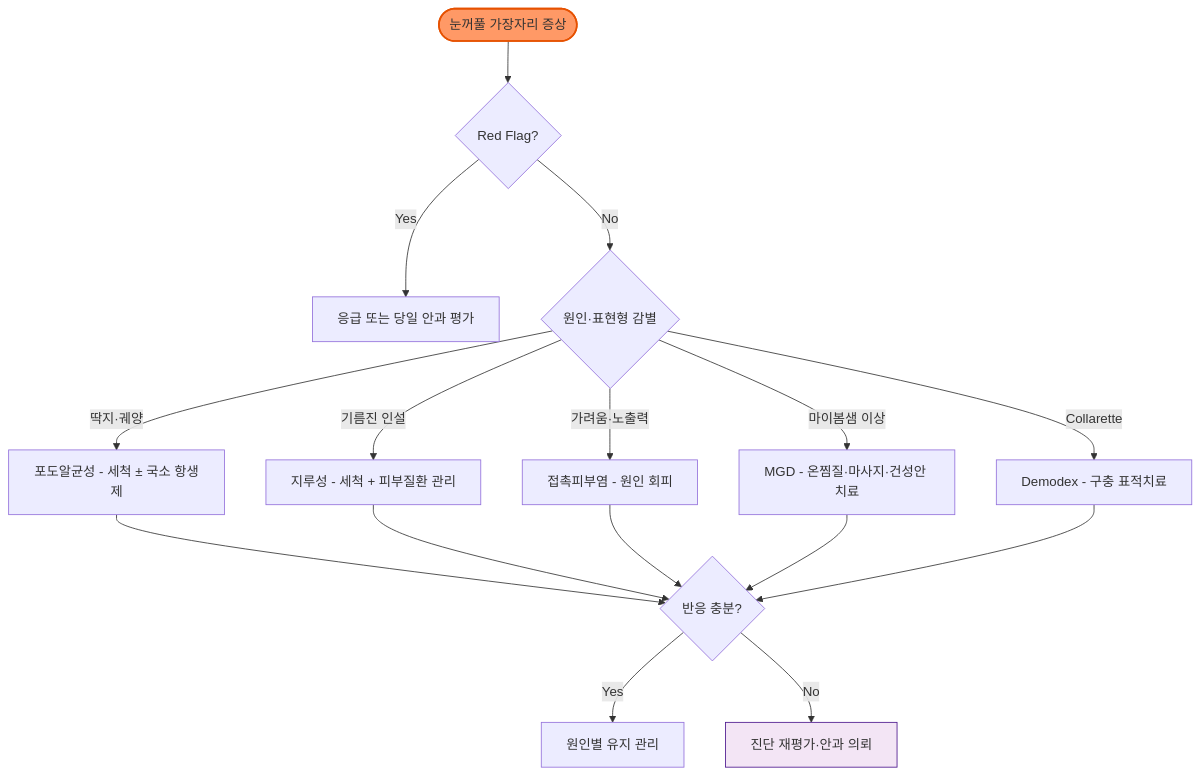
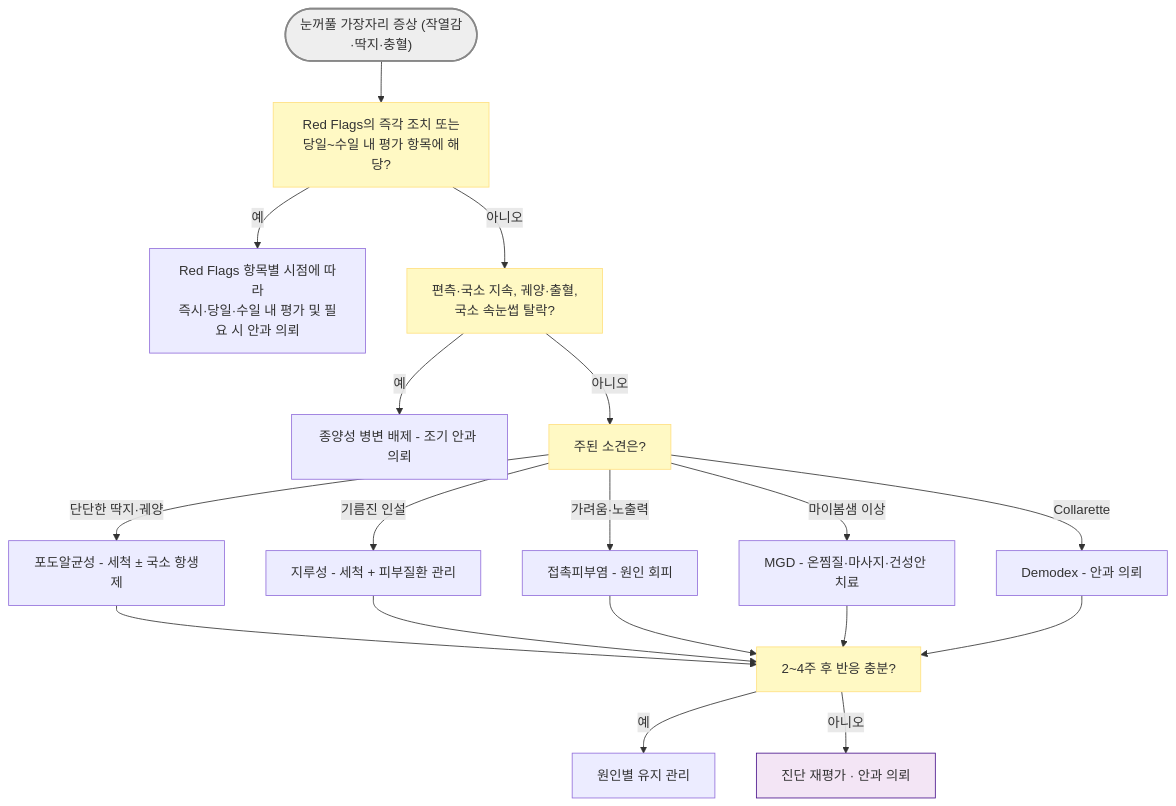
One commit to familyoh77/familyoh77 changed the diagram in 222_/039_-blepharitis.md. Above: the diagram before and after it, drawn with Mermaid. The commit also changed other lines of this file, not shown here.

````diff
--- a/222_/039_-blepharitis.md
+++ b/222_/039_-blepharitis.md
@@ -111,20 +115,26 @@
 ```mermaid
 graph TD
-    Start([눈꺼풀 가장자리 증상]) --> Red{Red Flag?}
-    Red -- Yes --> Refer[응급 또는 당일 안과 평가]
-    Red -- No --> Type{원인·표현형 감별}
-    Type -- 딱지·궤양 --> Staph[포도알균성 - 세척 ± 국소 항생제]
-    Type -- 기름진 인설 --> Seb[지루성 - 세척 + 피부질환 관리]
-    Type -- 가려움·노출력 --> Contact[접촉피부염 - 원인 회피]
-    Type -- 마이봄샘 이상 --> MGD[MGD - 온찜질·마사지·건성안 치료]
-    Type -- Collarette --> Demo[Demodex - 구충 표적치료]
-    Staph --> Follow{반응 충분?}
+    Start(["눈꺼풀 가장자리 증상 (작열감·딱지·충혈)"]) --> RF["Red Flags의 즉각 조치 또는<br>당일~수일 내 평가 항목에 해당?"]
+    RF -- 예 --> Refer["Red Flags 항목별 시점에 따라<br>즉시·당일·수일 내 평가 및 필요 시 안과 의뢰"]
+    RF -- 아니오 --> Uni["편측·국소 지속, 궤양·출혈,<br>국소 속눈썹 탈락?"]
+    Uni -- 예 --> Tumor["종양성 병변 배제 - 조기 안과 의뢰"]
+    Uni -- 아니오 --> Type["주된 소견은?"]
+    Type -- "단단한 딱지·궤양" --> Staph["포도알균성 - 세척 ± 국소 항생제"]
+    Type -- "기름진 인설" --> Seb["지루성 - 세척 + 피부질환 관리"]
+    Type -- "가려움·노출력" --> Contact["접촉피부염 - 원인 회피"]
+    Type -- "마이봄샘 이상" --> MGD["MGD - 온찜질·마사지·건성안 치료"]
+    Type -- Collarette --> Demo["Demodex - 안과 의뢰"]
+    Staph --> Follow["2~4주 후 반응 충분?"]
     Seb --> Follow
     Contact --> Follow
     MGD --> Follow
     Demo --> Follow
-    Follow -- Yes --> Maint[원인별 유지 관리]
-    Follow -- No --> Step4[진단 재평가·안과 의뢰]
-    style Start fill:#f96,stroke:#e65100,stroke-width:2px
-    style Step4 fill:#f3e5f5,stroke:#4a148c
+    Follow -- 예 --> Maint["원인별 유지 관리"]
+    Follow -- 아니오 --> Re["진단 재평가 · 안과 의뢰"]
+    style Start fill:#eeeeee,stroke:#888888,stroke-width:2px
+    style RF fill:#fff9c4,stroke:#ffe082
+    style Uni fill:#fff9c4,stroke:#ffe082
+    style Type fill:#fff9c4,stroke:#ffe082
+    style Follow fill:#fff9c4,stroke:#ffe082
+    style Re fill:#f3e5f5,stroke:#4a148c
 ```
````
